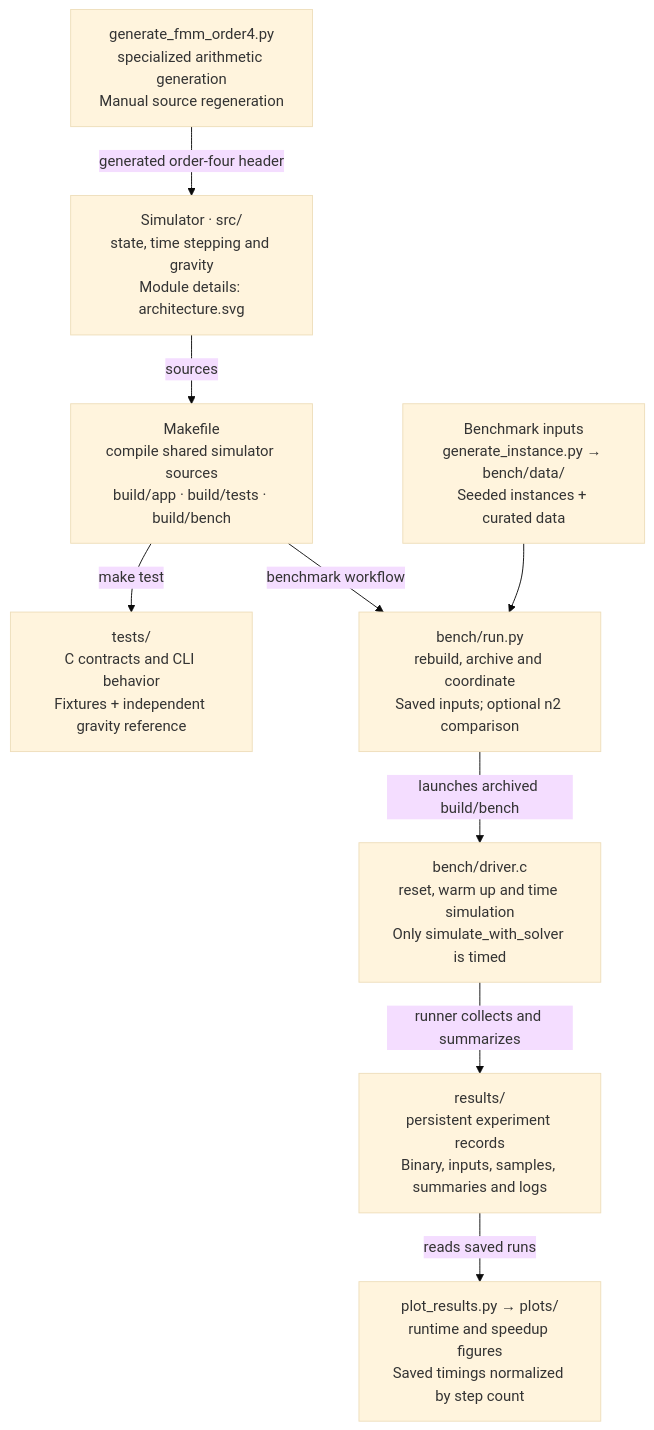
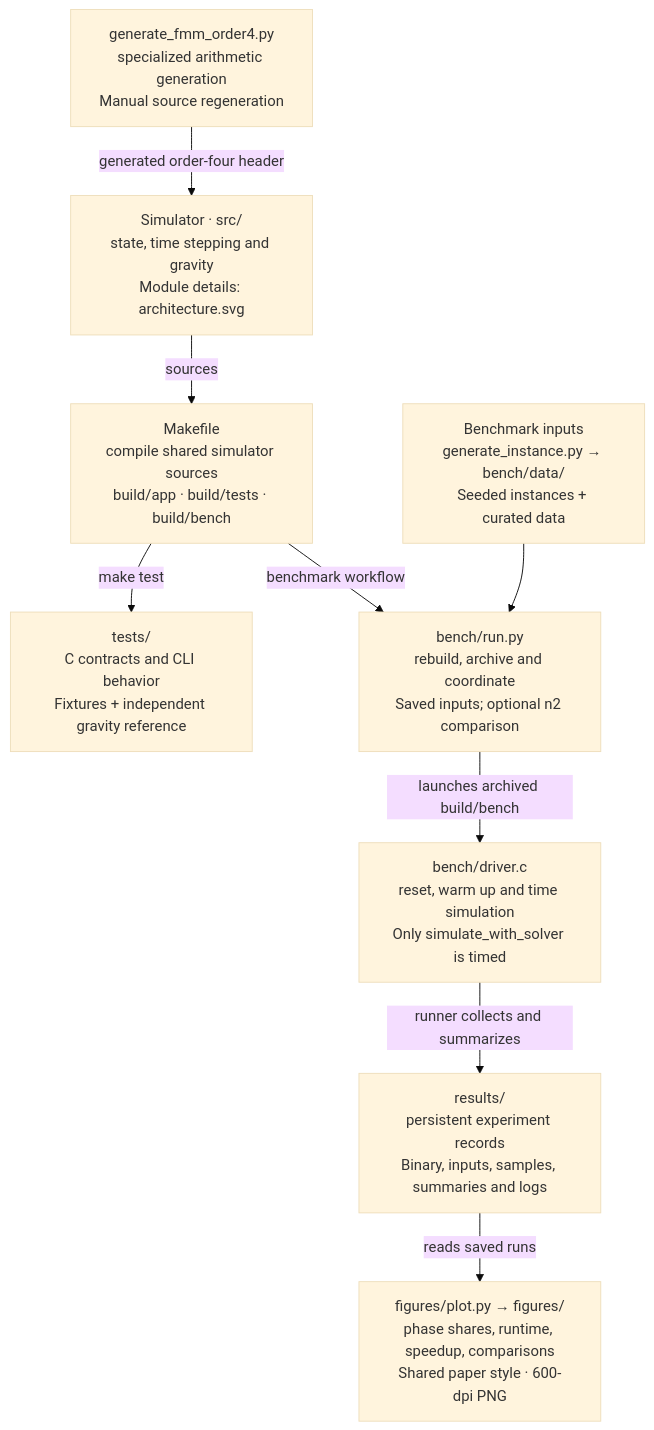
The diagram in docs/infrastructure.mmd (RyanTomich/NBodySim), drawn with Mermaid (base theme) before and after one commit. The commit also changed 30 other files, not shown here.

```diff
--- a/docs/infrastructure.mmd
+++ b/docs/infrastructure.mmd
@@ -1,10 +1,10 @@
 flowchart TD
     GEN["generate_fmm_order4.py<br/>specialized arithmetic generation<br/>Manual source regeneration"] -->|generated order-four header| CORE["Simulator · src/<br/>state, time stepping and gravity<br/>Module details: architecture.svg"]
     CORE -->|sources| BUILD["Makefile<br/>compile shared simulator sources<br/>build/app · build/tests · build/bench"]
     BUILD -->|make test| TEST["tests/<br/>C contracts and CLI behavior<br/>Fixtures + independent gravity reference"]
     BUILD -->|benchmark workflow| RUN["bench/run.py<br/>rebuild, archive and coordinate<br/>Saved inputs; optional n2 comparison"]
     INPUT["Benchmark inputs<br/>generate_instance.py → bench/data/<br/>Seeded instances + curated data"] --> RUN
     RUN -->|launches archived build/bench| DRIVER["bench/driver.c<br/>reset, warm up and time simulation<br/>Only simulate_with_solver is timed"]
     DRIVER -->|runner collects and summarizes| RESULTS["results/<br/>persistent experiment records<br/>Binary, inputs, samples, summaries and logs"]
-    RESULTS -->|reads saved runs| PLOT["plot_results.py → plots/<br/>runtime and speedup figures<br/>Saved timings normalized by step count"]
+    RESULTS -->|reads saved runs| PLOT["figures/plot.py → figures/<br/>phase shares, runtime, speedup, comparisons<br/>Shared paper style · 600-dpi PNG"]
     click CORE "architecture.svg" "Open the simulator module diagram"
```
